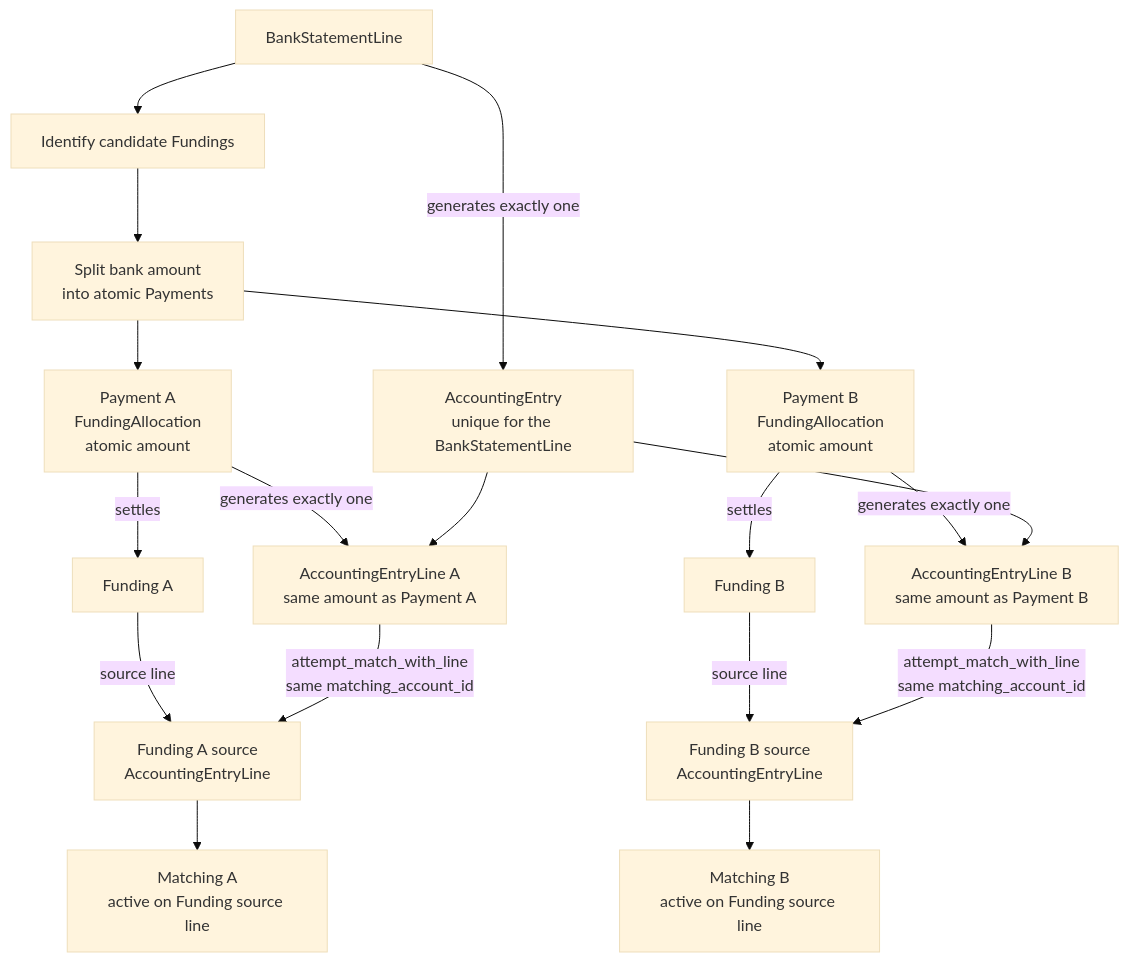
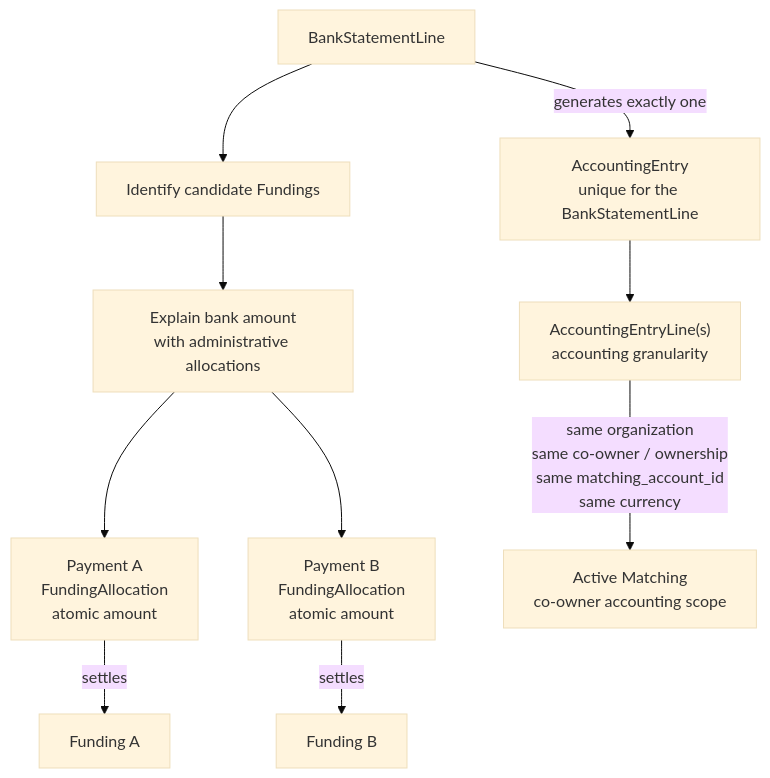
One commit to fmt-saas/fmt changed the third of 4 diagrams in DOC/budget/logique-de-reconciliation-et-lettrage.md. Above: the diagram before and after it, drawn with Mermaid (base theme). The commit also changed other lines of this file and 8 other files, not shown here.

````diff
--- a/DOC/budget/logique-de-reconciliation-et-lettrage.md
+++ b/DOC/budget/logique-de-reconciliation-et-lettrage.md
@@ -1032,48 +1179,32 @@
 ```mermaid
 flowchart TD
     BSL["BankStatementLine"]
     AE["AccountingEntry<br/>unique for the BankStatementLine"]
 
     FIND["Identify candidate Fundings"]
-    SPLIT["Split bank amount<br/>into atomic Payments"]
+    SPLIT["Explain bank amount<br/>with administrative allocations"]
 
     P1["Payment A<br/>FundingAllocation<br/>atomic amount"]
     P2["Payment B<br/>FundingAllocation<br/>atomic amount"]
 
-    AEL1["AccountingEntryLine A<br/>same amount as Payment A"]
-    AEL2["AccountingEntryLine B<br/>same amount as Payment B"]
+    AEL["AccountingEntryLine(s)<br/>accounting granularity"]
 
     F1["Funding A"]
     F2["Funding B"]
 
-    FAEL1["Funding A source<br/>AccountingEntryLine"]
-    FAEL2["Funding B source<br/>AccountingEntryLine"]
-
-    M1["Matching A<br/>active on Funding source line"]
-    M2["Matching B<br/>active on Funding source line"]
+    M["Active Matching<br/>co-owner accounting scope"]
 
     BSL -->|"generates exactly one"| AE
     BSL --> FIND
     FIND --> SPLIT
 
     SPLIT --> P1
     SPLIT --> P2
 
     P1 -->|"settles"| F1
     P2 -->|"settles"| F2
 
-    P1 -->|"generates exactly one"| AEL1
-    P2 -->|"generates exactly one"| AEL2
+    AE --> AEL
 
-    AE --> AEL1
-    AE --> AEL2
-
-    F1 -->|"source line"| FAEL1
-    F2 -->|"source line"| FAEL2
-
-    FAEL1 --> M1
-    FAEL2 --> M2
-
-    AEL1 -->|"attempt_match_with_line<br/>same matching_account_id"| FAEL1
-    AEL2 -->|"attempt_match_with_line<br/>same matching_account_id"| FAEL2
+    AEL -->|"same organization<br/>same co-owner / ownership<br/>same matching_account_id<br/>same currency"| M
 ```
````
